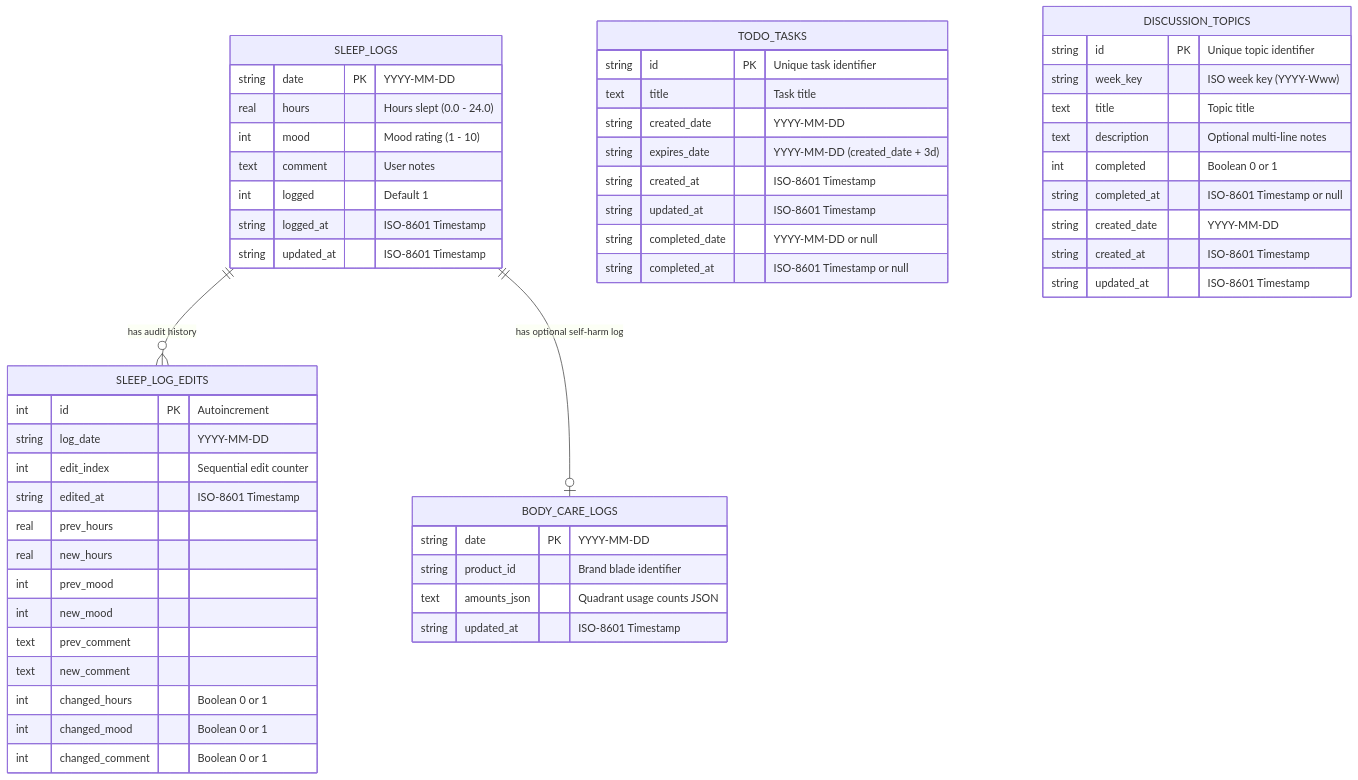
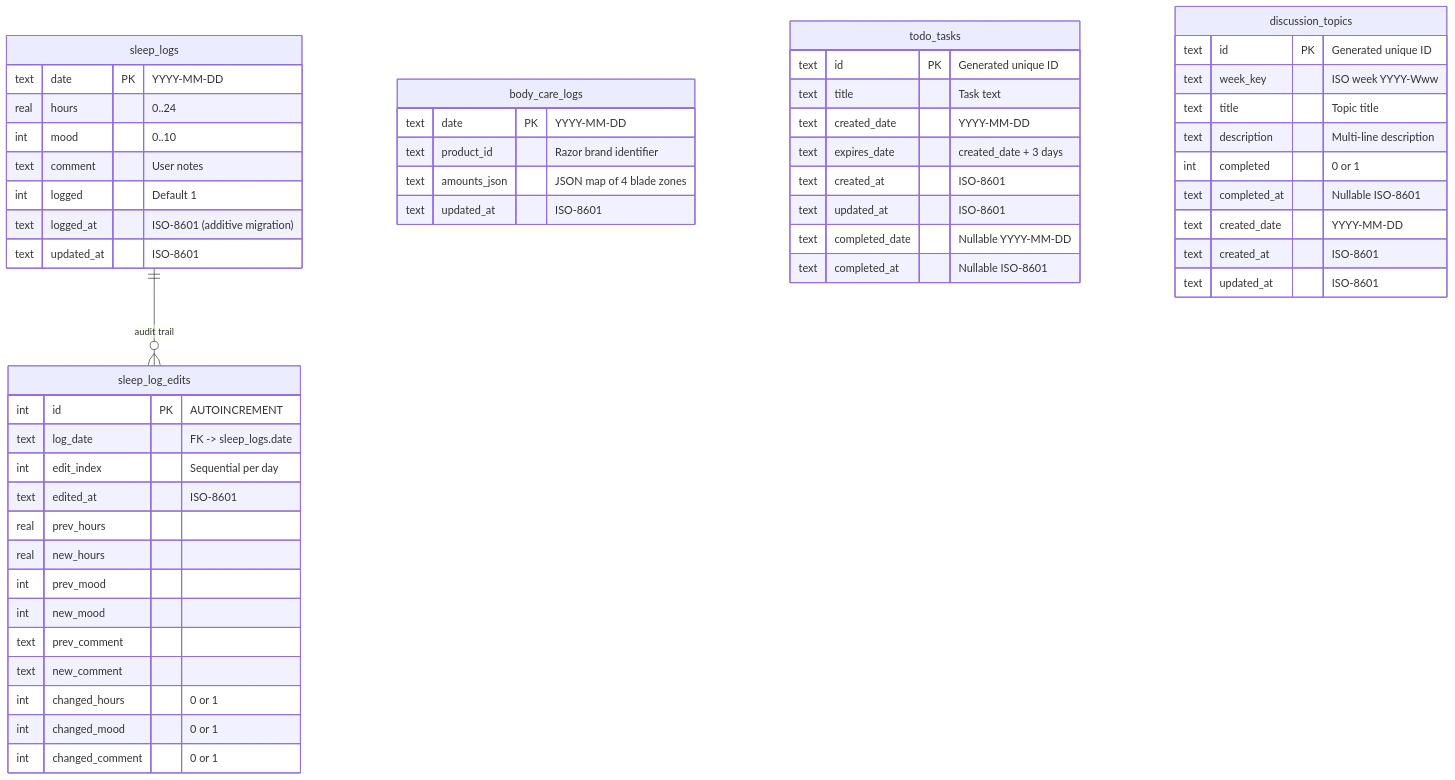
One commit to kvvzie/simple-sleep-journal changed the diagram in DOCS.md. Above: the diagram before and after it, drawn with Mermaid. The commit also changed other lines of this file and 51 other files, not shown here.

````diff
--- a/DOCS.md
+++ b/DOCS.md
@@ -89,57 +100,55 @@
 ```mermaid
 erDiagram
-    SLEEP_LOGS {
-        string date PK "YYYY-MM-DD"
-        real hours "Hours slept (0.0 - 24.0)"
-        int mood "Mood rating (1 - 10)"
+    sleep_logs {
+        text date PK "YYYY-MM-DD"
+        real hours "0..24"
+        int mood "0..10"
         text comment "User notes"
         int logged "Default 1"
-        string logged_at "ISO-8601 Timestamp"
-        string updated_at "ISO-8601 Timestamp"
+        text logged_at "ISO-8601 (additive migration)"
+        text updated_at "ISO-8601"
     }
-    SLEEP_LOG_EDITS {
-        int id PK "Autoincrement"
-        string log_date "YYYY-MM-DD"
-        int edit_index "Sequential edit counter"
-        string edited_at "ISO-8601 Timestamp"
+    sleep_log_edits {
+        int id PK "AUTOINCREMENT"
+        text log_date "FK -> sleep_logs.date"
+        int edit_index "Sequential per day"
+        text edited_at "ISO-8601"
         real prev_hours
         real new_hours
         int prev_mood
         int new_mood
         text prev_comment
         text new_comment
-        int changed_hours "Boolean 0 or 1"
-        int changed_mood "Boolean 0 or 1"
-        int changed_comment "Boolean 0 or 1"
+        int changed_hours "0 or 1"
+        int changed_mood "0 or 1"
+        int changed_comment "0 or 1"
     }
-    BODY_CARE_LOGS {
-        string date PK "YYYY-MM-DD"
-        string product_id "Brand blade identifier"
-        text amounts_json "Quadrant usage counts JSON"
-        string updated_at "ISO-8601 Timestamp"
+    body_care_logs {
+        text date PK "YYYY-MM-DD"
+        text product_id "Razor brand identifier"
+        text amounts_json "JSON map of 4 blade zones"
+        text updated_at "ISO-8601"
     }
-    TODO_TASKS {
-        string id PK "Unique task identifier"
-        text title "Task title"
-        string created_date "YYYY-MM-DD"
-        string expires_date "YYYY-MM-DD (created_date + 3d)"
-        string created_at "ISO-8601 Timestamp"
-        string updated_at "ISO-8601 Timestamp"
-        string completed_date "YYYY-MM-DD or null"
-        string completed_at "ISO-8601 Timestamp or null"
+    todo_tasks {
+        text id PK "Generated unique ID"
+        text title "Task text"
+        text created_date "YYYY-MM-DD"
+        text expires_date "created_date + 3 days"
+        text created_at "ISO-8601"
+        text updated_at "ISO-8601"
+        text completed_date "Nullable YYYY-MM-DD"
+        text completed_at "Nullable ISO-8601"
     }
-    DISCUSSION_TOPICS {
-        string id PK "Unique topic identifier"
-        string week_key "ISO week key (YYYY-Www)"
+    discussion_topics {
+        text id PK "Generated unique ID"
+        text week_key "ISO week YYYY-Www"
         text title "Topic title"
-        text description "Optional multi-line notes"
-        int completed "Boolean 0 or 1"
-        string completed_at "ISO-8601 Timestamp or null"
-        string created_date "YYYY-MM-DD"
-        string created_at "ISO-8601 Timestamp"
-        string updated_at "ISO-8601 Timestamp"
+        text description "Multi-line description"
+        int completed "0 or 1"
+        text completed_at "Nullable ISO-8601"
+        text created_date "YYYY-MM-DD"
+        text created_at "ISO-8601"
+        text updated_at "ISO-8601"
     }
-
-    SLEEP_LOGS ||--o{ SLEEP_LOG_EDITS : "has audit history"
-    SLEEP_LOGS ||--o| BODY_CARE_LOGS : "has optional self-harm log"
+    sleep_logs ||--o{ sleep_log_edits : "audit trail"
 ```
````
